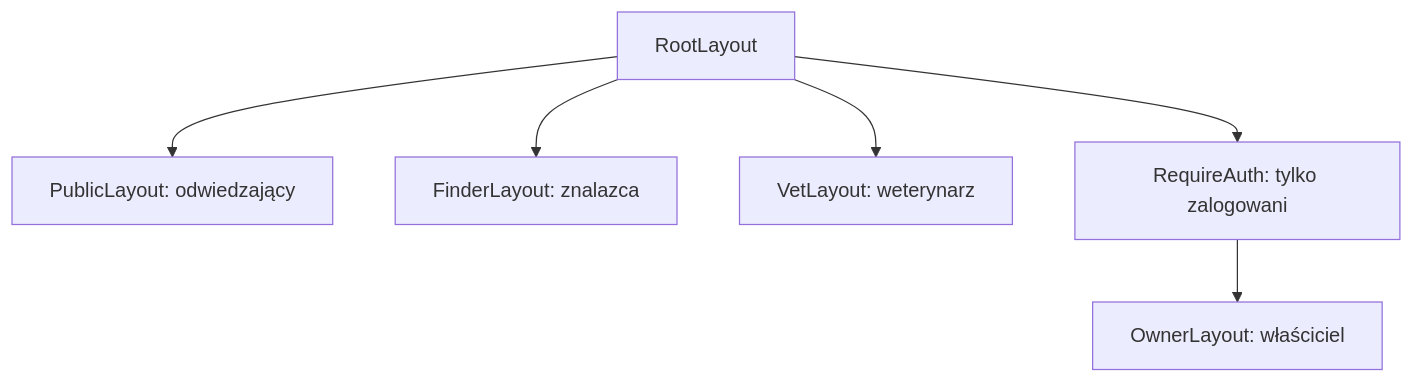
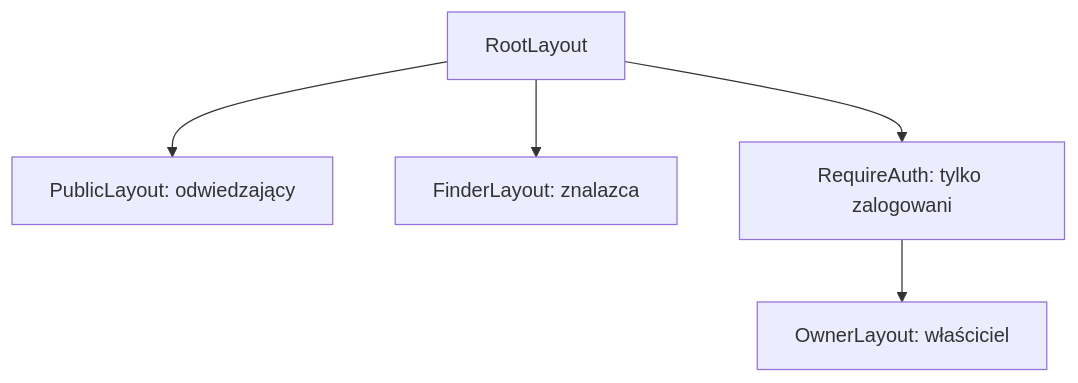
One commit to FullC0ntrol/petracer changed the diagram in plan/03-widoki-i-trasy.md. Above: the diagram before and after it, drawn with Mermaid. The commit also changed other lines of this file and 97 other files, not shown here.

````diff
--- a/plan/03-widoki-i-trasy.md
+++ b/plan/03-widoki-i-trasy.md
@@ -7,8 +7,7 @@
 ```mermaid
 flowchart TB
   R[RootLayout] --> P[PublicLayout: odwiedzający]
   R --> F[FinderLayout: znalazca]
-  R --> V[VetLayout: weterynarz]
   R --> A[RequireAuth: tylko zalogowani]
   A --> O[OwnerLayout: właściciel]
 ```
````
